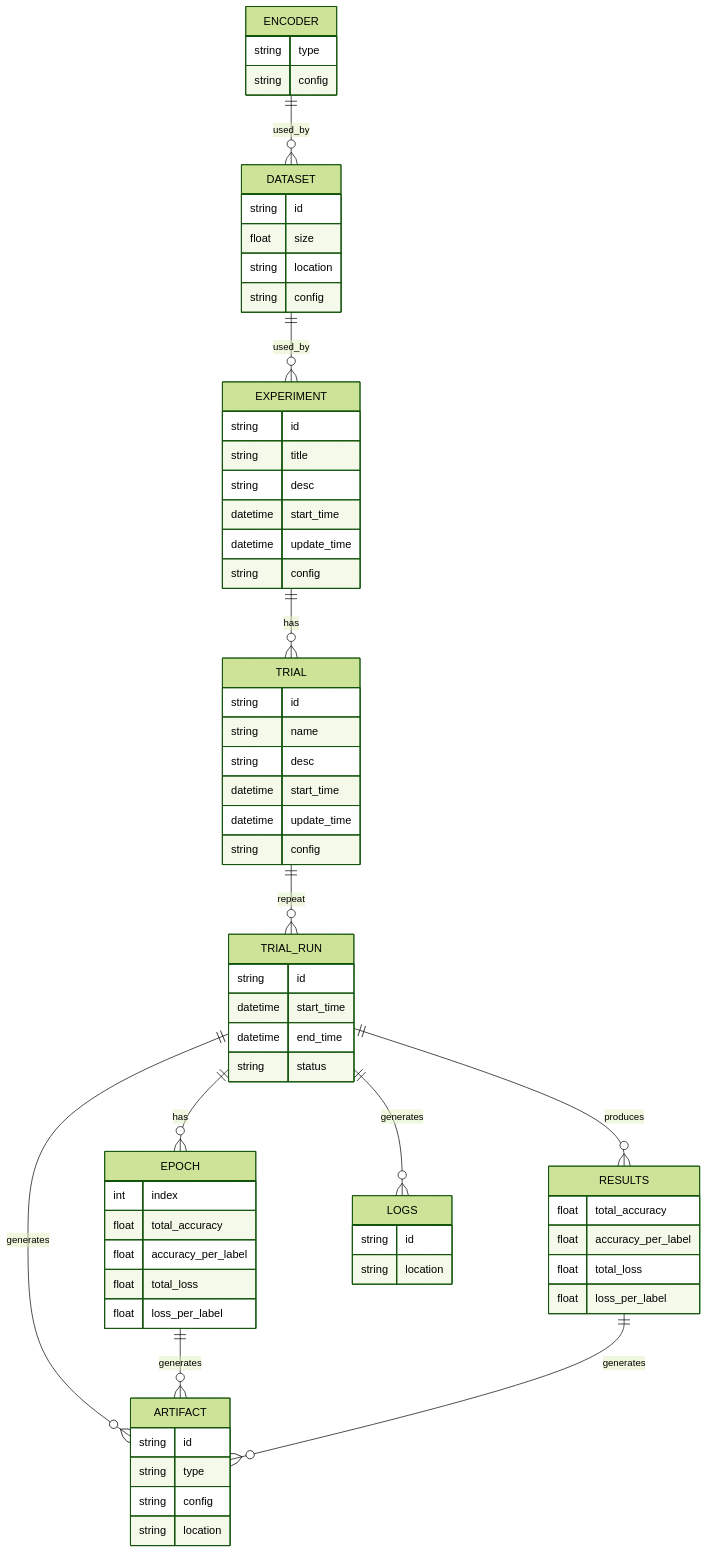
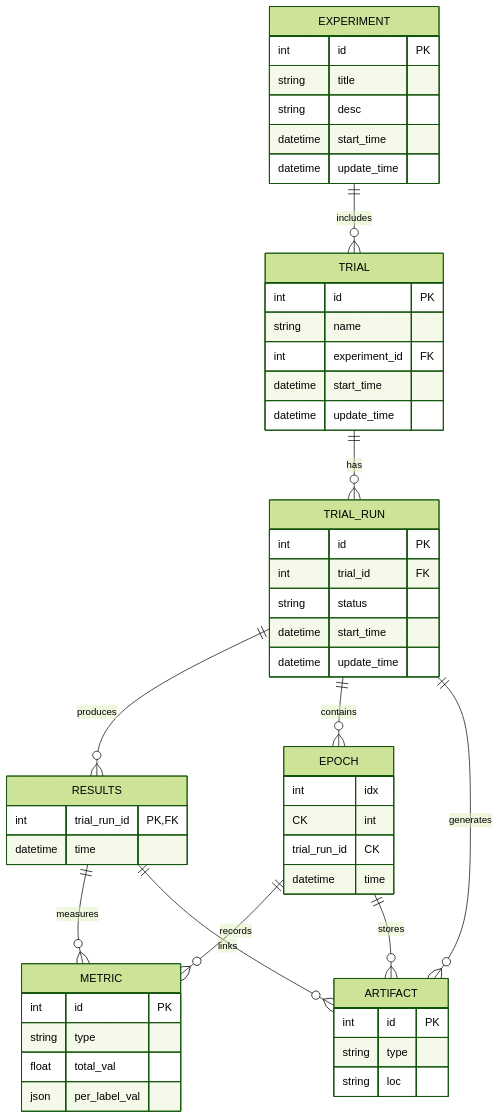
One commit to roymicha3/LIF changed the diagram in experiment/db/docs/diagram.md. Above: the diagram before and after it, drawn with Mermaid (forest theme). The commit also changed 5 other files, not shown here.

````diff
--- a/experiment/db/docs/diagram.md
+++ b/experiment/db/docs/diagram.md
@@ -1,68 +1,63 @@
 ```mermaid
+
 erDiagram
-    EXPERIMENT ||--o{ TRIAL : has
     EXPERIMENT {
-        string id
+        int id PK
         string title
         string desc
         datetime start_time
         datetime update_time
-        string config
     }
+    
     TRIAL {
-        string id
+        int id PK
         string name
-        string desc
+        int experiment_id FK
         datetime start_time
         datetime update_time
-        string config
     }
-    TRIAL ||--o{ TRIAL_RUN : repeat
+    
     TRIAL_RUN {
-        string id
+        int id PK
+        int trial_id FK
+        string status
         datetime start_time
-        datetime end_time
-        string status
+        datetime update_time
     }
+    
+    RESULTS {
+        int trial_run_id PK, FK
+        datetime time
+    }
+    
+    EPOCH {
+        int idx CK
+        int trial_run_id CK
+        datetime time
+    }
+    
+    METRIC {
+        int id PK
+        string type
+        float total_val
+        json per_label_val
+    }
+    
+    ARTIFACT {
+        int id PK
+        string type
+        string loc
+    }
+    
+    EXPERIMENT ||--o{ TRIAL : includes
+    TRIAL ||--o{ TRIAL_RUN : has
     TRIAL_RUN ||--o{ RESULTS : produces
-    TRIAL_RUN ||--o{ EPOCH : has
-    TRIAL_RUN ||--o{ LOGS : generates
+    TRIAL_RUN ||--o{ EPOCH : contains
     TRIAL_RUN ||--o{ ARTIFACT : generates
-    EPOCH ||--o{ ARTIFACT : generates
-    RESULTS ||--o{ ARTIFACT : generates
-    RESULTS {
-        float total_accuracy
-        float accuracy_per_label
-        float total_loss
-        float loss_per_label
-    }
-    EPOCH {
-        int index
-        float total_accuracy
-        float accuracy_per_label
-        float total_loss
-        float loss_per_label
-    }
-    DATASET {
-        string id
-        float size
-        string location
-        string config
-    }
-    DATASET ||--o{ EXPERIMENT : used_by
-    ENCODER {
-        string type
-        string config
-    }
-    ENCODER ||--o{ DATASET : used_by
-    ARTIFACT {
-        string id
-        string type
-        string config
-        string location
-    }
-    LOGS {
-        string id
-        string location
-    }
+    RESULTS ||--o{ METRIC : measures
+    RESULTS ||--o{ ARTIFACT : links
+    EPOCH ||--o{ METRIC : records
+    EPOCH ||--o{ ARTIFACT : stores
+
+
 ```
````
